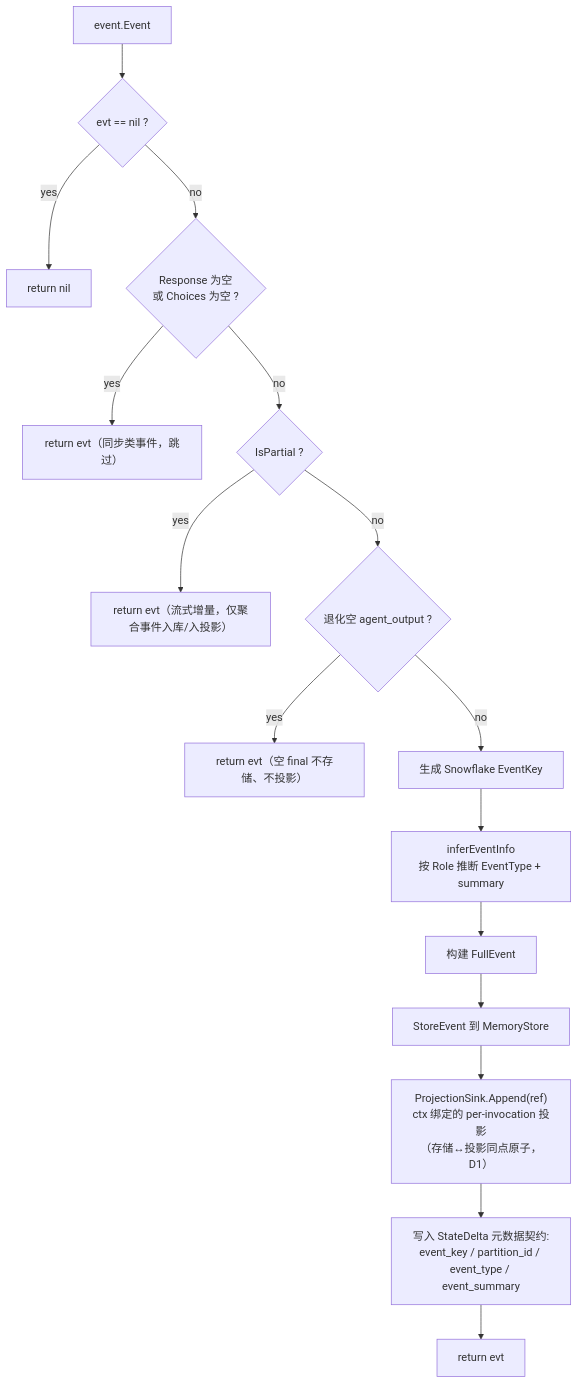
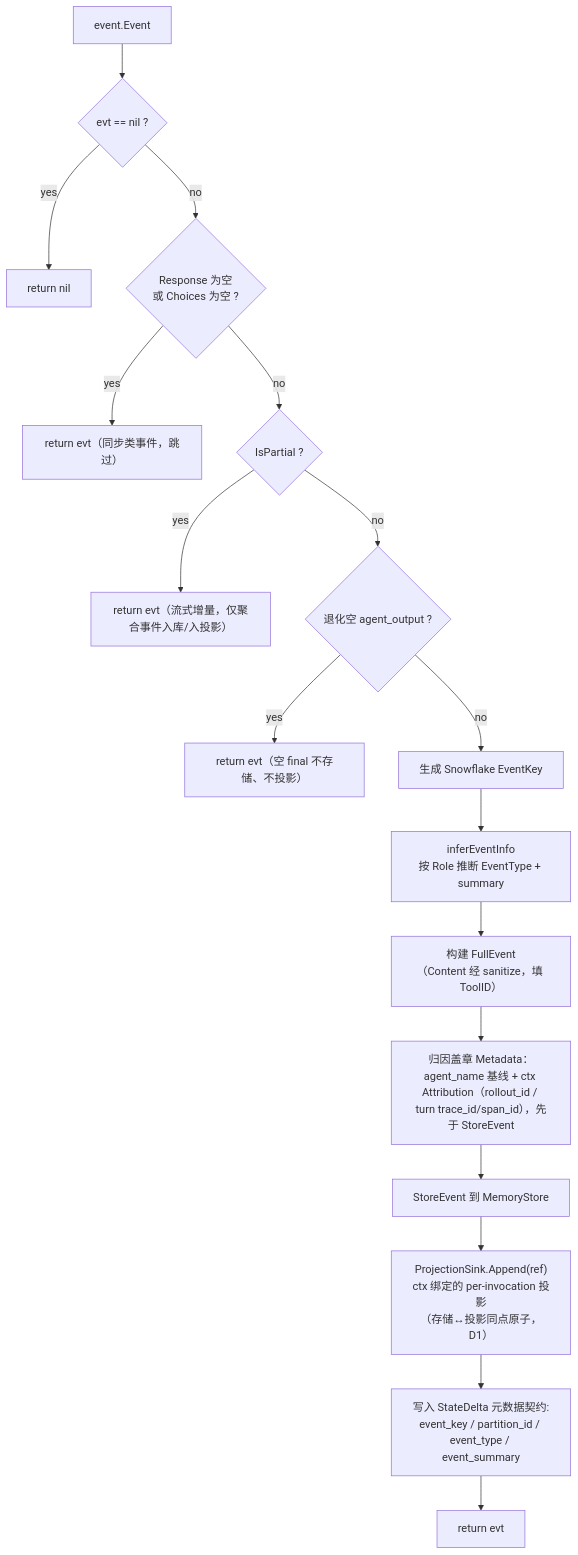
One commit to SpellingDragon/tagent changed the fourth of 7 diagrams in docs/wiki/agent/event-flow.md. Above: the diagram before and after it, drawn with Mermaid. The commit also changed other lines of this file and 6 other files, not shown here.

````diff
--- a/docs/wiki/agent/event-flow.md
+++ b/docs/wiki/agent/event-flow.md
@@ -65,18 +65,19 @@
 ```mermaid
 graph TD
     E[event.Event] --> N{evt == nil ?}
     N -- yes --> R1[return nil]
     N -- no --> P{Response 为空<br/>或 Choices 为空 ?}
     P -- yes --> R2["return evt（同步类事件，跳过）"]
     P -- no --> PT{IsPartial ?}
     PT -- yes --> R4["return evt（流式增量，仅聚合事件入库/入投影）"]
     PT -- no --> H1{退化空 agent_output ?}
     H1 -- yes --> R5["return evt（空 final 不存储、不投影）"]
     H1 -- no --> K["生成 Snowflake EventKey"]
     K --> I[inferEventInfo<br/>按 Role 推断 EventType + summary]
-    I --> F["构建 FullEvent"]
-    F --> S[StoreEvent 到 MemoryStore]
+    I --> A["构建 FullEvent<br/>（Content 经 sanitize，填 ToolID）"]
+    A --> M["归因盖章 Metadata：agent_name 基线 + ctx Attribution（rollout_id / turn trace_id/span_id），先于 StoreEvent"]
+    M --> S[StoreEvent 到 MemoryStore]
     S --> SINK["ProjectionSink.Append(ref)<br/>ctx 绑定的 per-invocation 投影<br/>（存储↔投影同点原子，D1）"]
     SINK --> SD[写入 StateDelta 元数据契约:<br/>event_key / partition_id / event_type / event_summary]
     SD --> R3[return evt]
 ```
````
